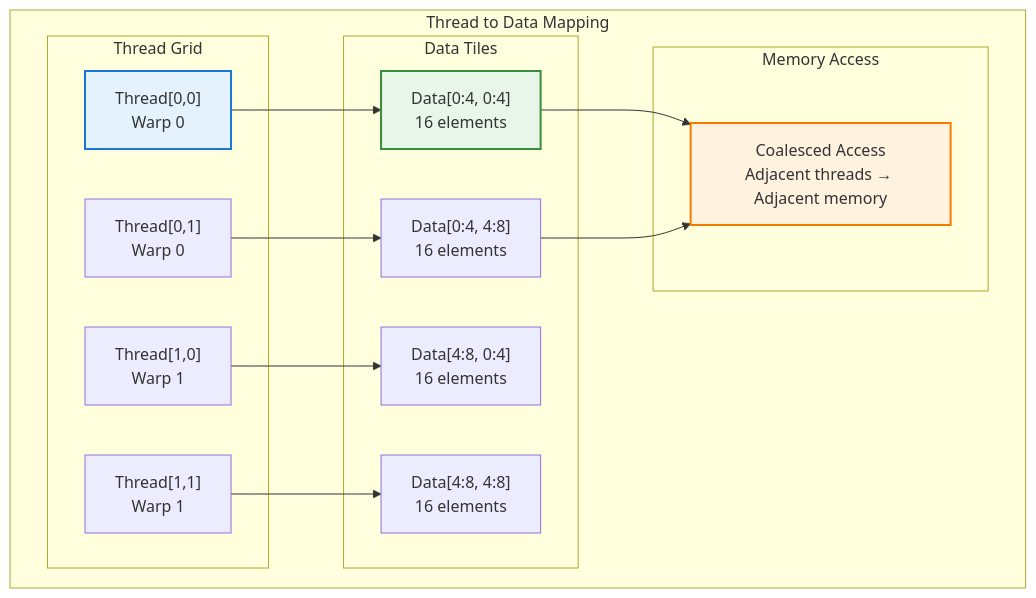
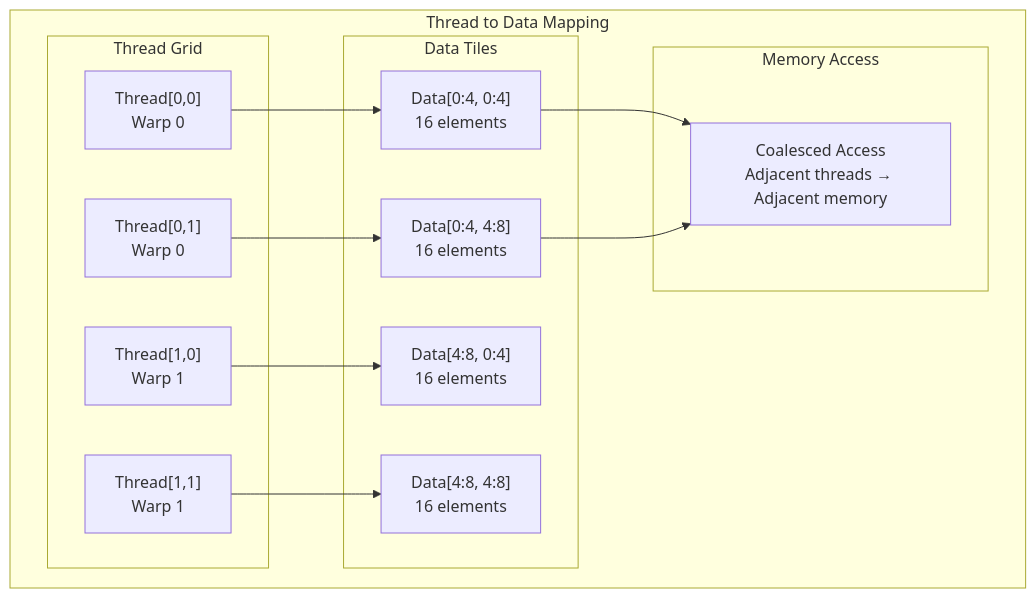
Before and after one commit to hdt98/rocm-libraries: the second of 2 diagrams in projects/composablekernel/docs/conceptual/ck_tile/thread_mapping.rst, drawn with Mermaid. The commit also changed other lines of this file and 21 other files, not shown here.

First line of the commit message:
[ck] Updated CK Tile documentation to use mermaid diagrams (#7955)

```diff
--- a/projects/composablekernel/docs/conceptual/ck_tile/thread_mapping.rst
+++ b/projects/composablekernel/docs/conceptual/ck_tile/thread_mapping.rst
@@ -185,34 +167,30 @@
-      .. mermaid::
-      
-          graph TB
-              subgraph "Thread to Data Mapping"
-                  subgraph "Thread Grid"
-                      T00["Thread[0,0]<br/>Warp 0"]
-                      T01["Thread[0,1]<br/>Warp 0"]
-                      T10["Thread[1,0]<br/>Warp 1"]
-                      T11["Thread[1,1]<br/>Warp 1"]
-                  end
-                  
-                  subgraph "Data Tiles"
-                      D00["Data[0:4, 0:4]<br/>16 elements"]
-                      D01["Data[0:4, 4:8]<br/>16 elements"]
-                      D10["Data[4:8, 0:4]<br/>16 elements"]
-                      D11["Data[4:8, 4:8]<br/>16 elements"]
-                  end
-                  
-                  subgraph "Memory Access"
-                      MA["Coalesced Access<br/>Adjacent threads → Adjacent memory"]
-                  end
-              end
-              
-              T00 --> D00
-              T01 --> D01
-              T10 --> D10
-              T11 --> D11
-              
-              D00 --> MA
-              D01 --> MA
-              
-              style T00 fill:#e3f2fd,stroke:#1976d2,stroke-width:2px
-              style D00 fill:#e8f5e9,stroke:#388e3c,stroke-width:2px
-              style MA fill:#fff3e0,stroke:#f57c00,stroke-width:2px
+.. mermaid::
+
+   graph TB
+       subgraph "Thread to Data Mapping"
+           subgraph "Thread Grid"
+               T00["Thread[0,0]<br/>Warp 0"]
+               T01["Thread[0,1]<br/>Warp 0"]
+               T10["Thread[1,0]<br/>Warp 1"]
+               T11["Thread[1,1]<br/>Warp 1"]
+           end
+
+           subgraph "Data Tiles"
+               D00["Data[0:4, 0:4]<br/>16 elements"]
+               D01["Data[0:4, 4:8]<br/>16 elements"]
+               D10["Data[4:8, 0:4]<br/>16 elements"]
+               D11["Data[4:8, 4:8]<br/>16 elements"]
+           end
+
+           subgraph "Memory Access"
+               MA["Coalesced Access<br/>Adjacent threads → Adjacent memory"]
+           end
+       end
+
+       T00 --> D00
+       T01 --> D01
+       T10 --> D10
+       T11 --> D11
+
+       D00 --> MA
+       D01 --> MA
```
